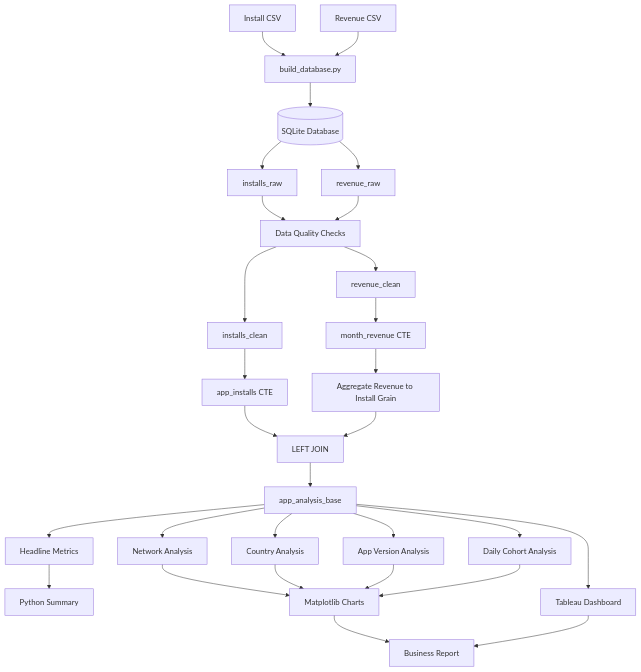
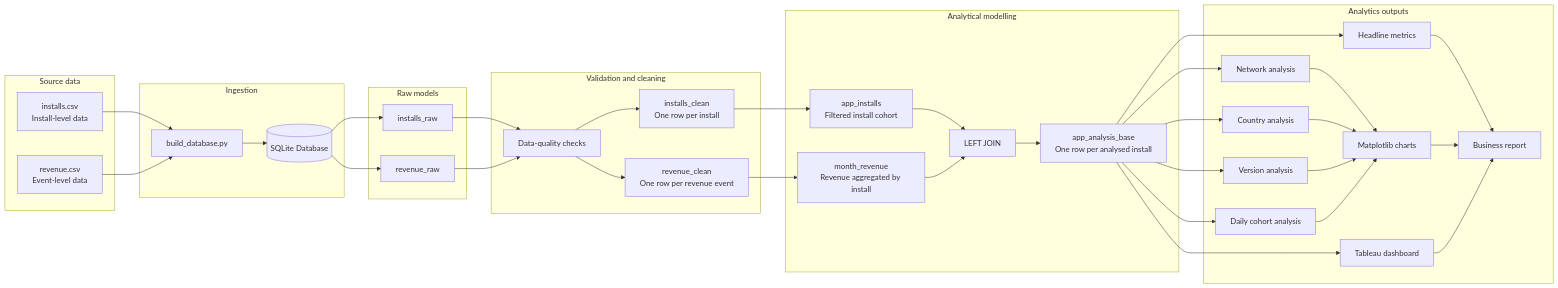
One commit to Noor-Ahmed-12/mobile-app-analytics-engineering changed the first of 3 diagrams in README.md. Above: the diagram before and after it, drawn with Mermaid. The commit also changed other lines of this file, not shown here.

````diff
--- a/README.md
+++ b/README.md
@@ -5,41 +5,74 @@
 ```mermaid
-flowchart TD
-    A[Install CSV] --> C[build_database.py]
-    B[Revenue CSV] --> C
+flowchart LR
+    subgraph A[Source data]
+        A1[installs.csv<br/>Install-level data]
+        A2[revenue.csv<br/>Event-level data]
+    end
 
-    C --> D[(SQLite Database)]
+    subgraph B[Ingestion]
+        B1[build_database.py]
+        B2[(SQLite Database)]
+    end
 
-    D --> E[installs_raw]
-    D --> F[revenue_raw]
+    subgraph C[Raw models]
+        C1[installs_raw]
+        C2[revenue_raw]
+    end
 
-    E --> G[Data Quality Checks]
-    F --> G
+    subgraph D[Validation and cleaning]
+        D1[Data-quality checks]
+        D2[installs_clean<br/>One row per install]
+        D3[revenue_clean<br/>One row per revenue event]
+    end
 
-    G --> H[installs_clean]
-    G --> I[revenue_clean]
+    subgraph E[Analytical modelling]
+        E1[app_installs<br/>Filtered install cohort]
+        E2[month_revenue<br/>Revenue aggregated by install]
+        E3[LEFT JOIN]
+        E4[app_analysis_base<br/>One row per analysed install]
+    end
 
-    H --> J[app_installs CTE]
-    I --> K[month_revenue CTE]
+    subgraph F[Analytics outputs]
+        F1[Headline metrics]
+        F2[Network analysis]
+        F3[Country analysis]
+        F4[Version analysis]
+        F5[Daily cohort analysis]
+        F6[Matplotlib charts]
+        F7[Tableau dashboard]
+        F8[Business report]
+    end
 
-    K --> L[Aggregate Revenue to Install Grain]
-    J --> M[LEFT JOIN]
-    L --> M
+    A1 --> B1
+    A2 --> B1
+    B1 --> B2
 
-    M --> N[app_analysis_base]
+    B2 --> C1
+    B2 --> C2
 
-    N --> O[Headline Metrics]
-    N --> P[Network Analysis]
-    N --> Q[Country Analysis]
-    N --> R[App Version Analysis]
-    N --> S[Daily Cohort Analysis]
+    C1 --> D1
+    C2 --> D1
+    D1 --> D2
+    D1 --> D3
 
-    O --> T[Python Summary]
-    P --> U[Matplotlib Charts]
-    Q --> U
-    R --> U
-    S --> U
+    D2 --> E1
+    D3 --> E2
+    E1 --> E3
+    E2 --> E3
+    E3 --> E4
 
-    N --> V[Tableau Dashboard]
-    U --> W[Business Report]
-    V --> W
+    E4 --> F1
+    E4 --> F2
+    E4 --> F3
+    E4 --> F4
+    E4 --> F5
+
+    F1 --> F8
+    F2 --> F6
+    F3 --> F6
+    F4 --> F6
+    F5 --> F6
+    E4 --> F7
+    F6 --> F8
+    F7 --> F8
 ```
````
